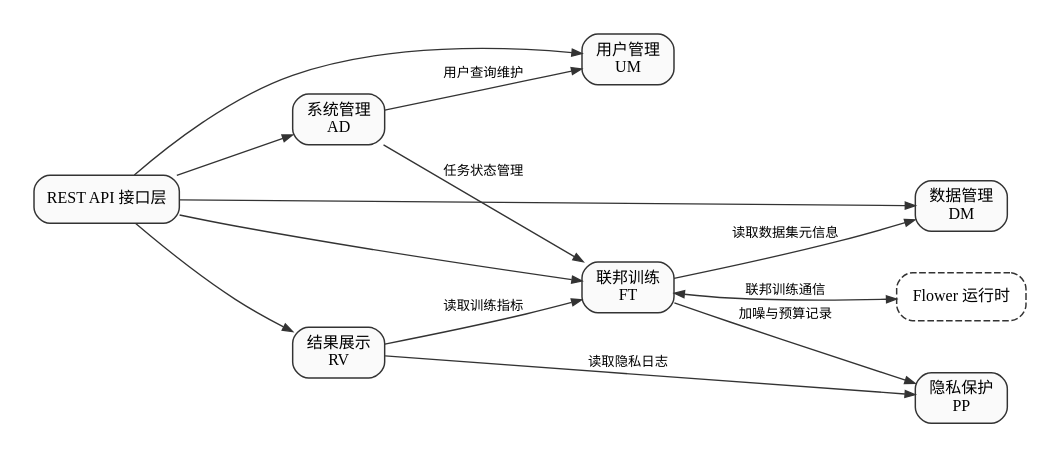
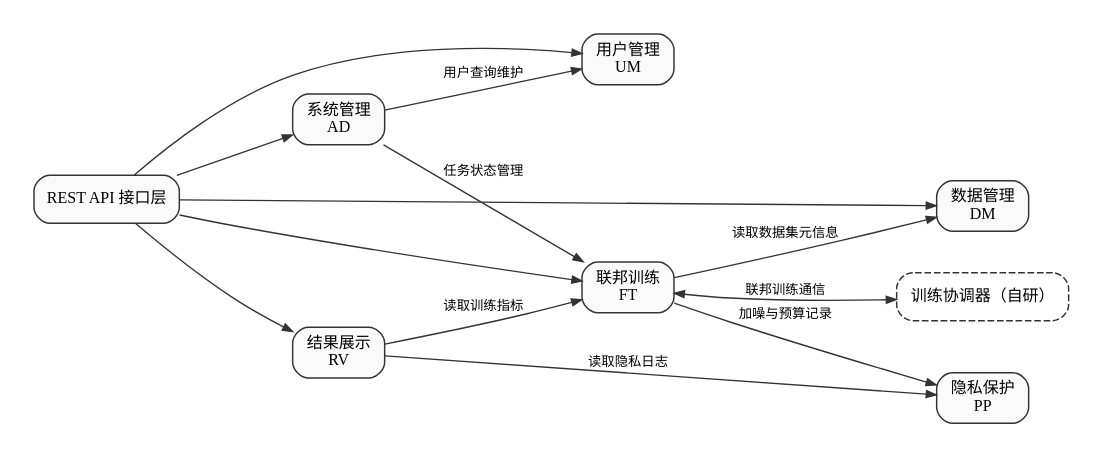
The diagram in Experiment4/uml/mokuai_yilai_tu.dot (Alanxbr/SoftwareEngineering-Lab), drawn with Graphviz before and after one commit. The commit also changed 12 other files, not shown here.

Commit message:
docs(experiment2/4/5): 设计文档与图源同步实现

```diff
--- a/Experiment4/uml/mokuai_yilai_tu.dot
+++ b/Experiment4/uml/mokuai_yilai_tu.dot
@@ -1,30 +1,30 @@
 digraph yilai {
   graph [rankdir=LR, splines=spline, nodesep=0.38, ranksep=1.15,
          fontname="Microsoft YaHei", fontsize=12, pad=0.25, charset="UTF-8"];
   node  [fontname="Microsoft YaHei", fontsize=12, shape=box, style="rounded,filled",
          fillcolor="#FAFAFA", color="#333333", penwidth=1.1, margin="0.14,0.08"];
   edge  [fontname="Microsoft YaHei", fontsize=10, color="#333333", penwidth=1.0,
          arrowsize=0.75];
 
   API [label="REST API 接口层"];
   UM  [label="用户管理\nUM"];
   DM  [label="数据管理\nDM"];
   FT  [label="联邦训练\nFT"];
   PP  [label="隐私保护\nPP"];
   RV  [label="结果展示\nRV"];
   AD  [label="系统管理\nAD"];
-  FL  [label="Flower 运行时", shape=box, style="rounded,dashed", fillcolor="#F5F5F5"];
+  FL  [label="训练协调器（自研）", shape=box, style="rounded,dashed", fillcolor="#F5F5F5"];
 
   API -> UM;
   API -> DM;
   API -> FT;
   API -> RV;
   API -> AD;
   FT -> DM [label=" 读取数据集元信息 "];
   FT -> PP [label=" 加噪与预算记录 "];
   RV -> FT [label=" 读取训练指标 "];
   RV -> PP [label=" 读取隐私日志 "];
   AD -> UM [label=" 用户查询维护 "];
   AD -> FT [label=" 任务状态管理 "];
   FT -> FL [dir=both, label=" 联邦训练通信 "];
 }
```
